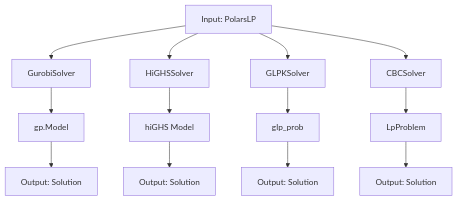
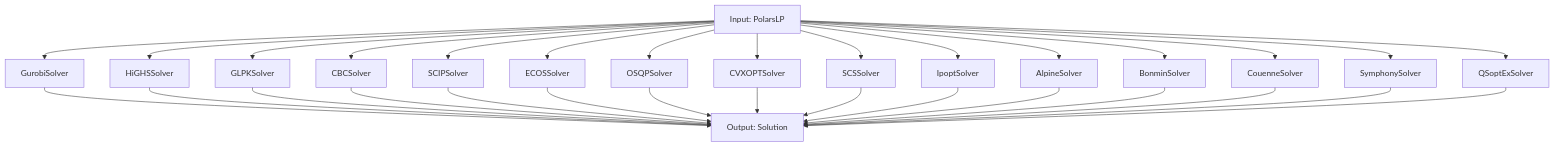
One commit to Oyhs-co/ISLA-LP-Benchmark changed diagram 11 of 35 in README.md. Above: the diagram before and after it, drawn with Mermaid. The commit also changed other lines of this file and 7 other files, not shown here.

````diff
--- a/README.md
+++ b/README.md
@@ -1131,22 +1279,36 @@
 ```mermaid
 flowchart TB
     INP["Input: PolarsLP"] --> GUROBI["GurobiSolver"]
     INP --> HIGHS["HiGHSSolver"]
     INP --> GLPK["GLPKSolver"]
     INP --> CBC["CBCSolver"]
+    INP --> SCIP["SCIPSolver"]
+    INP --> ECOS["ECOSSolver"]
+    INP --> OSQP["OSQPSolver"]
+    INP --> CVXOPT["CVXOPTSolver"]
+    INP --> SCS["SCSSolver"]
+    INP --> IPOPT["IpoptSolver"]
+    INP --> ALPINE["AlpineSolver"]
+    INP --> BONMIN["BonminSolver"]
+    INP --> COUENNE["CouenneSolver"]
+    INP --> SYMPHONY["SymphonySolver"]
+    INP --> QSOPTEX["QSoptExSolver"]
     
-    GUROBI --> GPL["gp.Model"]
-    HIGHS --> HIGHSMODEL["hiGHS Model"]
-    GLPK --> GLPKPROG["glp_prob"]
-    CBC --> CBCMODEL["LpProblem"]
+    GUROBI --> OUT
+    HIGHS --> OUT
+    GLPK --> OUT
+    CBC --> OUT
+    SCIP --> OUT
+    ECOS --> OUT
+    OSQP --> OUT
+    CVXOPT --> OUT
+    SCS --> OUT
+    IPOPT --> OUT
+    ALPINE --> OUT
+    BONMIN --> OUT
+    COUENNE --> OUT
+    SYMPHONY --> OUT
+    QSOPTEX --> OUT
     
-    GPL --> GUROBI_OUT
-    HIGHSMODEL --> HIGHS_OUT
-    GLPKPROG --> GLPK_OUT
-    CBCMODEL --> CBC_OUT
-    
-    GUROBI_OUT["Output: Solution"]
-    HIGHS_OUT["Output: Solution"]
-    GLPK_OUT["Output: Solution"]
-    CBC_OUT["Output: Solution"]
+    OUT["Output: Solution"]
 ```
````
